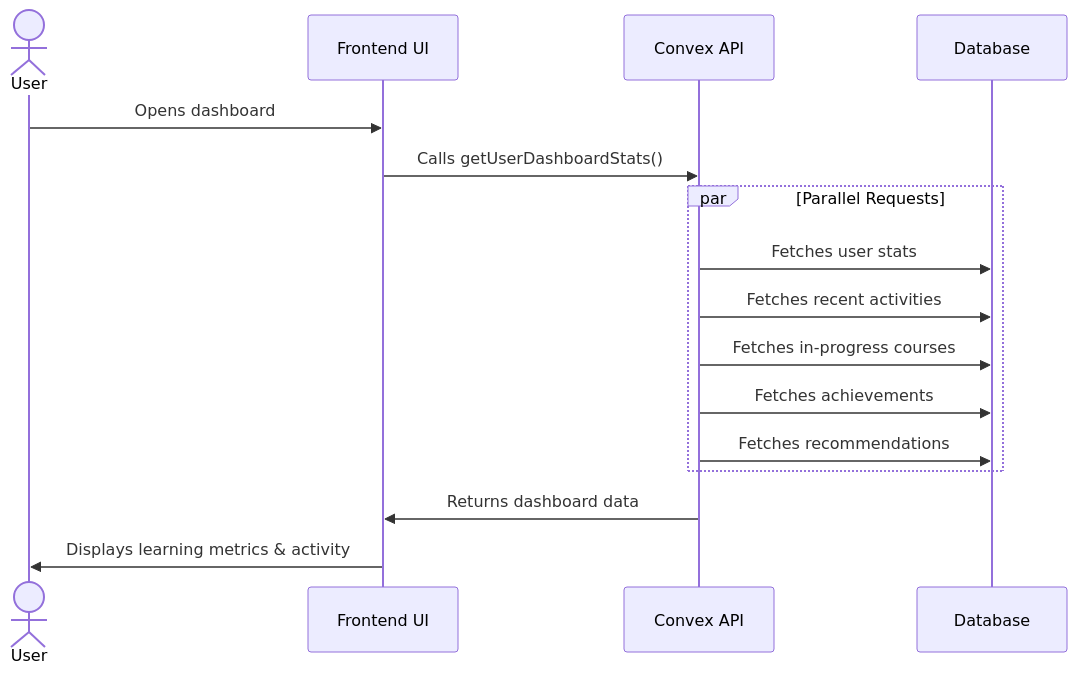
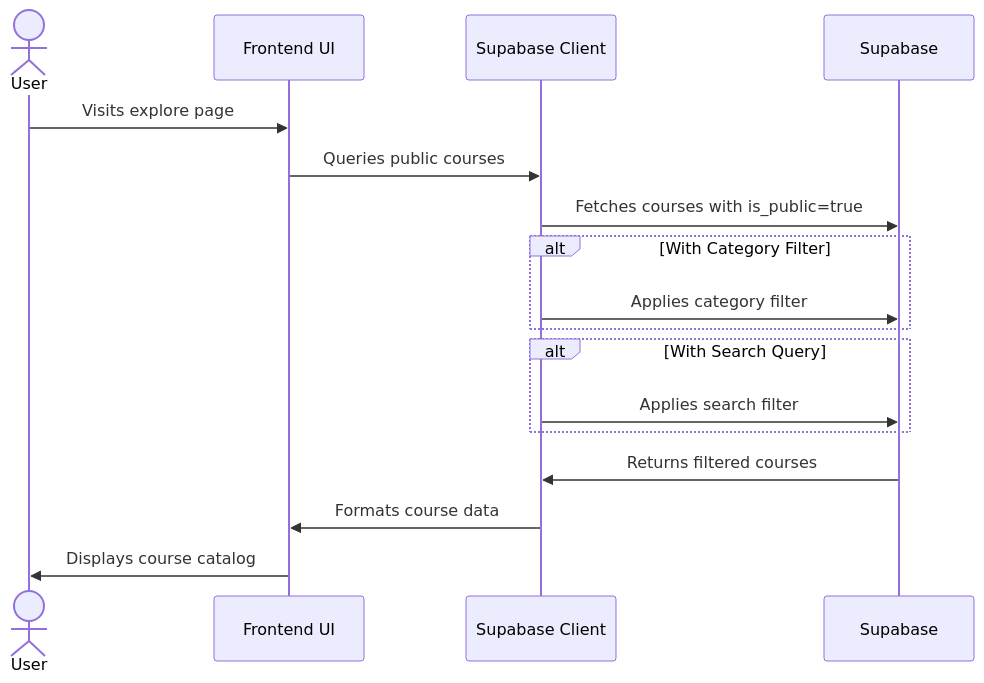
One commit to codeKobby/tenzzen-app changed the fifth of 6 diagrams in docs/DATABASE_ARCHITECTURE.md. Above: the diagram before and after it, drawn with Mermaid. The commit also changed other lines of this file and 55 other files, not shown here.

````diff
--- a/docs/DATABASE_ARCHITECTURE.md
+++ b/docs/DATABASE_ARCHITECTURE.md
@@ -478,21 +180,23 @@
 ```mermaid
 sequenceDiagram
     actor User
     participant UI as Frontend UI
-    participant API as Convex API
-    participant DB as Database
+    participant API as Supabase Client
+    participant DB as Supabase
 
-    User->>UI: Opens dashboard
-    UI->>API: Calls getUserDashboardStats()
+    User->>UI: Visits explore page
+    UI->>API: Queries public courses
+    API->>DB: Fetches courses with is_public=true
 
-    par Parallel Requests
-        API->>DB: Fetches user stats
-        API->>DB: Fetches recent activities
-        API->>DB: Fetches in-progress courses
-        API->>DB: Fetches achievements
-        API->>DB: Fetches recommendations
+    alt With Category Filter
+        API->>DB: Applies category filter
     end
 
-    API->>UI: Returns dashboard data
-    UI->>User: Displays learning metrics & activity
+    alt With Search Query
+        API->>DB: Applies search filter
+    end
+
+    DB->>API: Returns filtered courses
+    API->>UI: Formats course data
+    UI->>User: Displays course catalog
 ```
````
